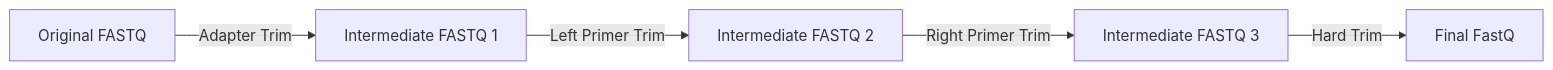
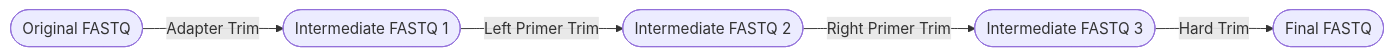
Before and after one commit to CDCgov/irma-core: the first of 2 diagrams in docs/TRIMMER.md, drawn with Mermaid. The commit also changed other lines of this file, not shown here.

````diff
--- a/docs/TRIMMER.md
+++ b/docs/TRIMMER.md
@@ -9,7 +9,7 @@
 ```mermaid
     flowchart LR
-        A[Original FASTQ] -->|Adapter Trim| B[Intermediate FASTQ 1]
-        B -->|Left Primer Trim| C[Intermediate FASTQ 2]
-        C -->|Right Primer Trim| D[Intermediate FASTQ 3]
-        D -->|Hard Trim| E[Final FastQ]
+        A([Original FASTQ]) -->|Adapter Trim| B([Intermediate FASTQ 1])
+        B -->|Left Primer Trim| C([Intermediate FASTQ 2])
+        C -->|Right Primer Trim| D([Intermediate FASTQ 3])
+        D -->|Hard Trim| E([Final FASTQ])
 ```
````
